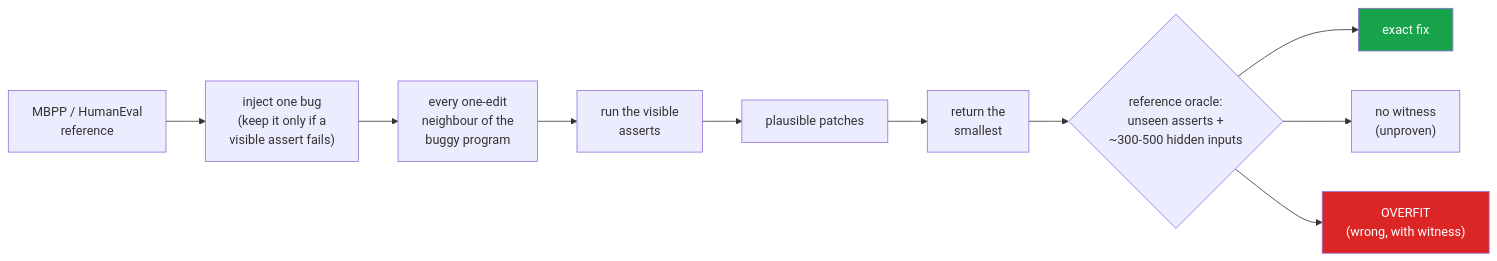
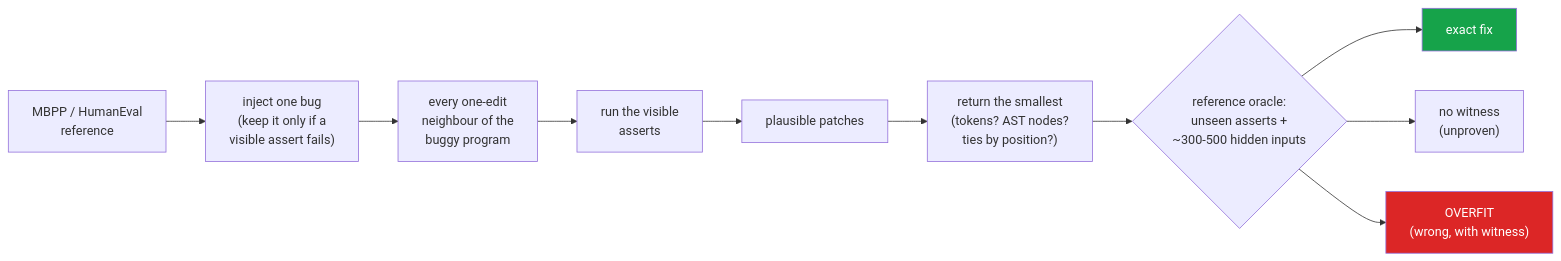
Before and after one commit to hammasbuilds/minimal-diff: the diagram in README.md, drawn with Mermaid. The commit also changed other lines of this file and 18 other files, not shown here.

````diff
--- a/README.md
+++ b/README.md
@@ -38,15 +40,15 @@
 ```mermaid
 flowchart LR
     A["MBPP / HumanEval<br/>reference"] --> B["inject one bug<br/>(keep it only if a<br/>visible assert fails)"]
     B --> C["every one-edit<br/>neighbour of the<br/>buggy program"]
     C --> D["run the visible<br/>asserts"]
     D --> E["plausible patches"]
-    E --> F["return the<br/>smallest"]
+    E --> F["return the smallest<br/>(tokens? AST nodes?<br/>ties by position?)"]
     F --> G{"reference oracle:<br/>unseen asserts +<br/>~300-500 hidden inputs"}
     G --> H["exact fix"]
     G --> I["no witness<br/>(unproven)"]
     G --> J["OVERFIT<br/>(wrong, with witness)"]
 
     style J fill:#dc2626,color:#fff
     style H fill:#16a34a,color:#fff
 ```
````
